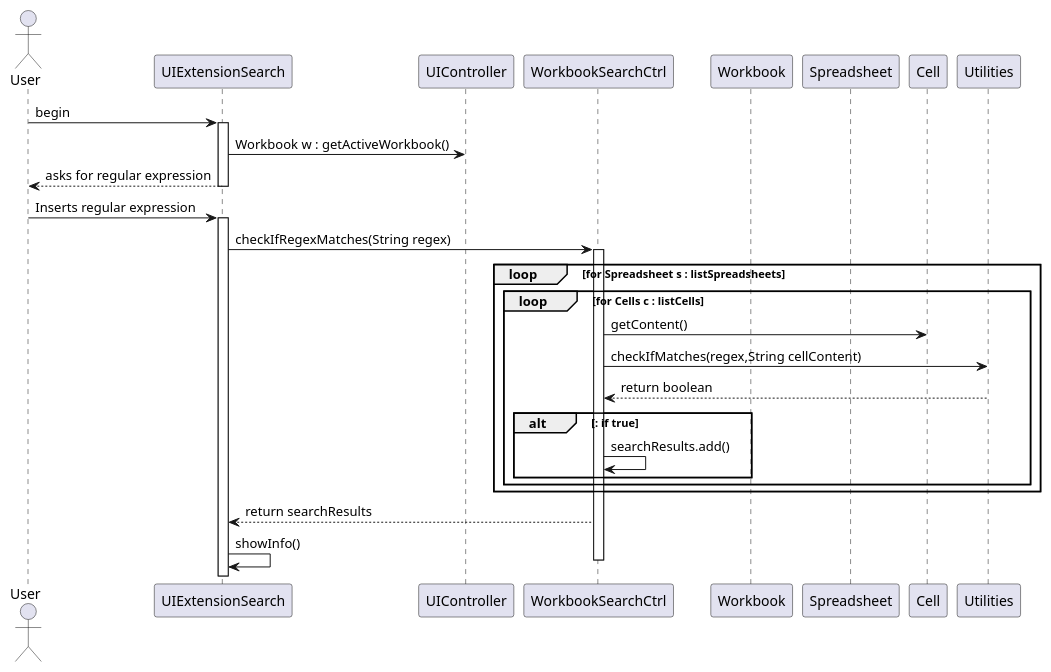
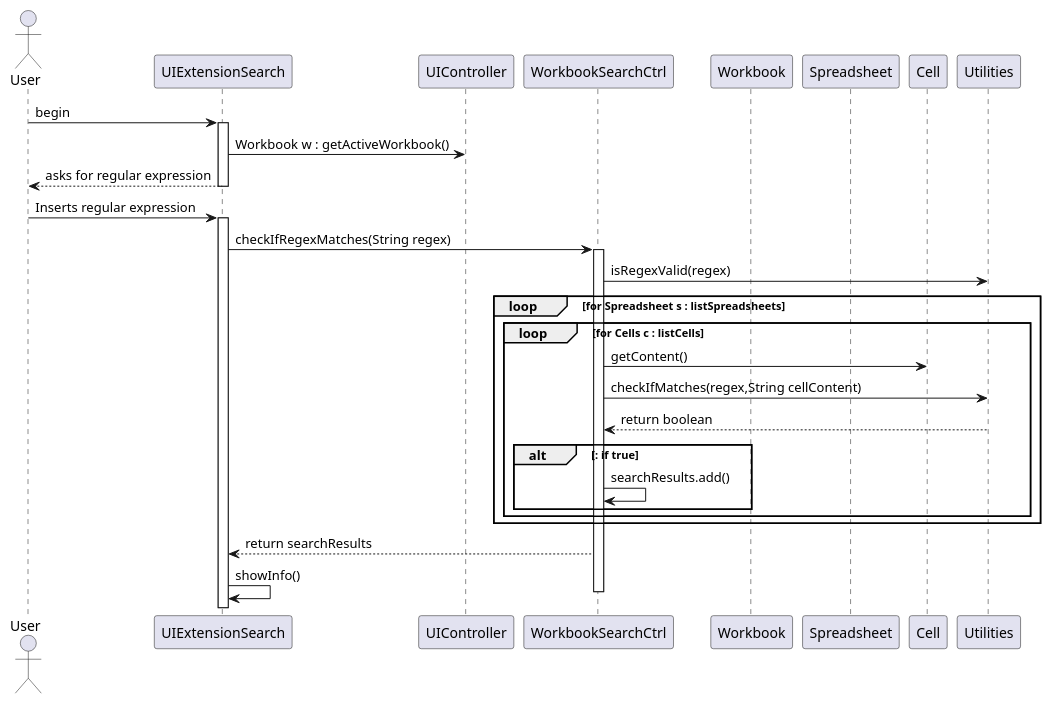
Before and after one commit to MikeTekOn/lapr4-2017-2dd: the diagram in src/main/java/lapr4/red/s1/core/n1150613/workbookSearch/core07_01_design_sd.puml, drawn with PlantUML.

Commit message:
LAPR4E17DD-134 #comment Design sd and cd fixes

```diff
--- a/src/main/java/lapr4/red/s1/core/n1150613/workbookSearch/core07_01_design_sd.puml
+++ b/src/main/java/lapr4/red/s1/core/n1150613/workbookSearch/core07_01_design_sd.puml
@@ -1,36 +1,37 @@
 @startuml 
 
     actor User 
     participant "UIExtensionSearch" as UI
     participant "UIController" as UIctrl
     participant "WorkbookSearchCtrl" as ctrl
     participant "Workbook" as WBOOK
     participant "Spreadsheet" as sheet
     participant "Cell" as cll
     participant "Utilities" as util
 
     User -> UI : begin
     activate UI 
     UI -> UIctrl : Workbook w : getActiveWorkbook()
     User <-- UI : asks for regular expression
     deactivate ctrl
     deactivate UI
     User -> UI : Inserts regular expression
     activate UI
     UI -> ctrl : checkIfRegexMatches(String regex)
     activate ctrl
+    ctrl -> util : isRegexValid(regex)
     loop for Spreadsheet s : listSpreadsheets
     loop for Cells c : listCells
     ctrl -> cll : getContent()
     ctrl -> util : checkIfMatches(regex,String cellContent)
     ctrl <-- util : return boolean
     alt : if true
     ctrl -> ctrl : searchResults.add()
     end
     end
     end
     UI <-- ctrl : return searchResults
     UI -> UI : showInfo()
     deactivate ctrl
     
 @enduml
```
